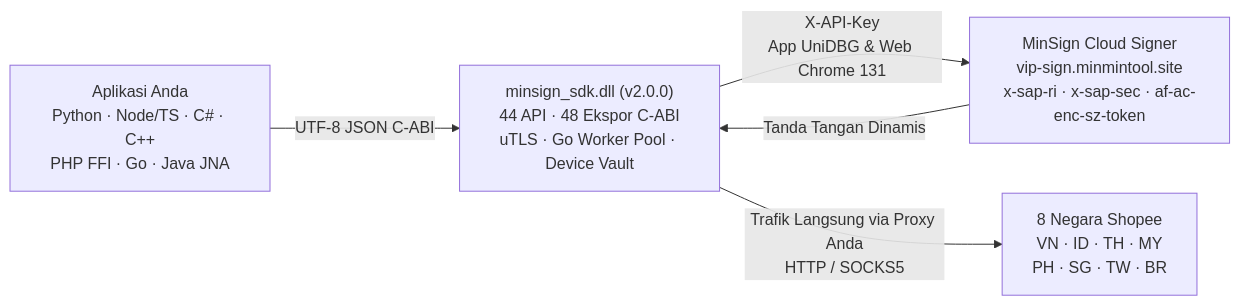
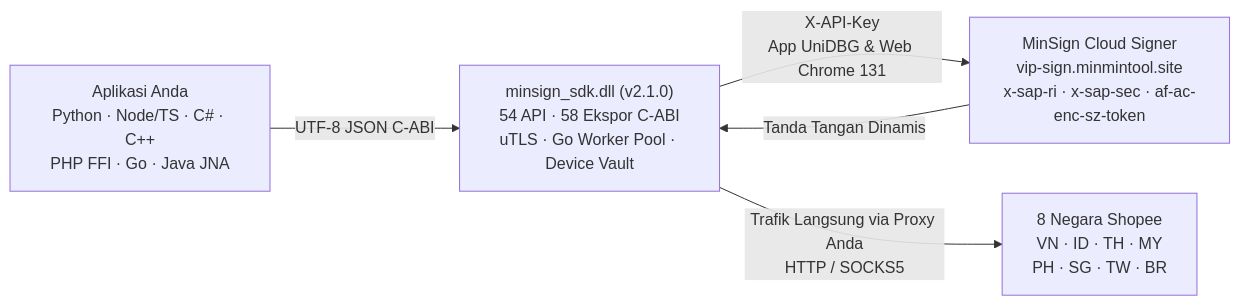
One commit to minmin2402/shopeeapi changed the diagram in README.id.md. Above: the diagram before and after it, drawn with Mermaid. The commit also changed other lines of this file and 20 other files, not shown here.

````diff
--- a/README.id.md
+++ b/README.id.md
@@ -23,7 +23,7 @@
 ```mermaid
 flowchart LR
-    A["Aplikasi Anda<br/>Python · Node/TS · C# · C++<br/>PHP FFI · Go · Java JNA"] -->|UTF-8 JSON C-ABI| B["minsign_sdk.dll (v2.0.0)<br/>44 API · 48 Ekspor C-ABI<br/>uTLS · Go Worker Pool · Device Vault"]
+    A["Aplikasi Anda<br/>Python · Node/TS · C# · C++<br/>PHP FFI · Go · Java JNA"] -->|UTF-8 JSON C-ABI| B["minsign_sdk.dll (v2.1.0)<br/>54 API · 58 Ekspor C-ABI<br/>uTLS · Go Worker Pool · Device Vault"]
     B -->|X-API-Key<br/>App UniDBG & Web Chrome 131| C["MinSign Cloud Signer<br/>vip-sign.minmintool.site<br/>x-sap-ri · x-sap-sec · af-ac-enc-sz-token"]
     C -->|Tanda Tangan Dinamis| B
     B -->|Trafik Langsung via Proxy Anda<br/>HTTP / SOCKS5| D["8 Negara Shopee<br/>VN · ID · TH · MY<br/>PH · SG · TW · BR"]
 ```
````
